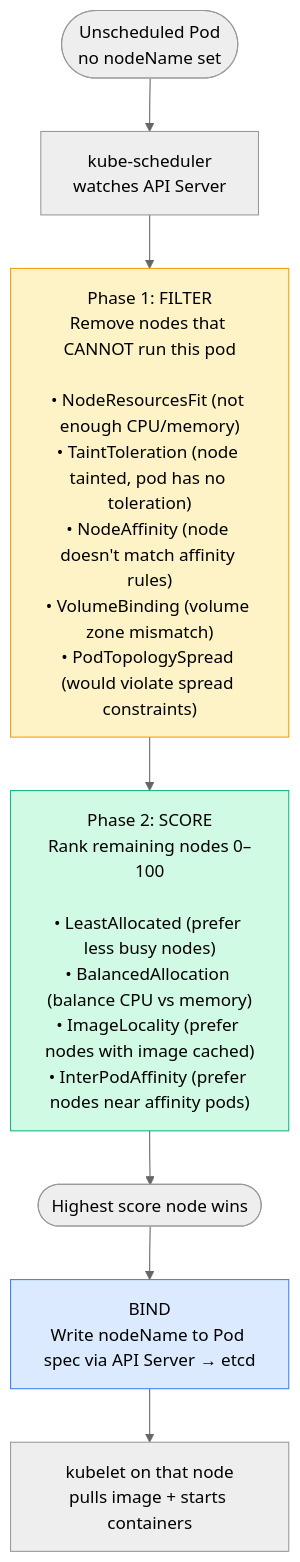
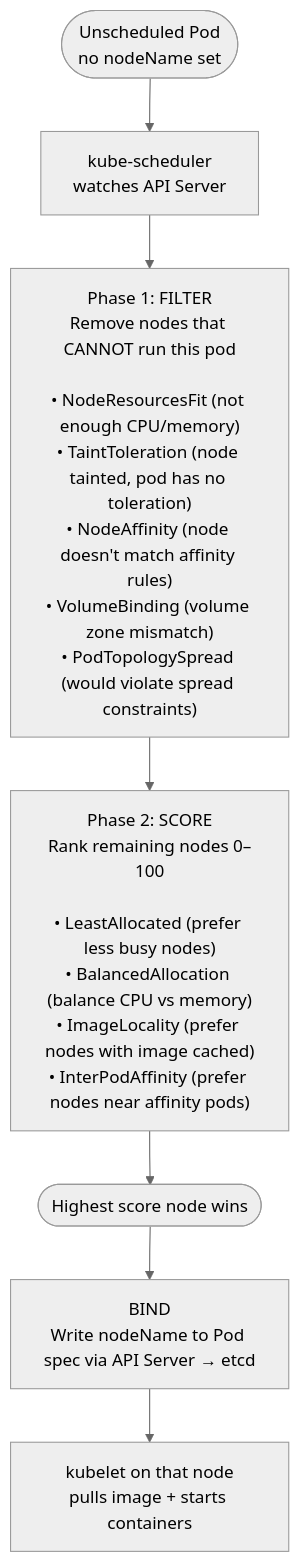
Before and after one commit to Gautam4424/k8slearn-content: the first of 3 diagrams in content/cka/02-kubernetes-architecture-complete-reference/23-kube-scheduler-controller-manager/23-kube-scheduler-controller-manager.md, drawn with Mermaid (neutral theme). The commit also changed other lines of this file and 40 other files, not shown here.

Commit message:
chore: fix mermaid style regex

````diff
--- a/content/cka/02-kubernetes-architecture-complete-reference/23-kube-scheduler-controller-manager/23-kube-scheduler-controller-manager.md
+++ b/content/cka/02-kubernetes-architecture-complete-reference/23-kube-scheduler-controller-manager/23-kube-scheduler-controller-manager.md
@@ -23,14 +23,11 @@
 ```mermaid
 flowchart TD
     POD(["Unscheduled Pod\nno nodeName set"])
     WATCH["kube-scheduler\nwatches API Server"]
     FILTER["Phase 1: FILTER\nRemove nodes that CANNOT run this pod\n\n• NodeResourcesFit (not enough CPU/memory)\n• TaintToleration (node tainted, pod has no toleration)\n• NodeAffinity (node doesn't match affinity rules)\n• VolumeBinding (volume zone mismatch)\n• PodTopologySpread (would violate spread constraints)"]
     SCORE["Phase 2: SCORE\nRank remaining nodes 0–100\n\n• LeastAllocated (prefer less busy nodes)\n• BalancedAllocation (balance CPU vs memory)\n• ImageLocality (prefer nodes with image cached)\n• InterPodAffinity (prefer nodes near affinity pods)"]
     WIN(["Highest score node wins"])
     BIND["BIND\nWrite nodeName to Pod spec via API Server → etcd"]
     KL["kubelet on that node\npulls image + starts containers"]
     POD --> WATCH --> FILTER --> SCORE --> WIN --> BIND --> KL
-    style FILTER fill:#fef3c7,stroke:#f59e0b
-    style SCORE fill:#d1fae5,stroke:#10b981
-    style BIND fill:#dbeafe,stroke:#3b82f6
 ```
````
